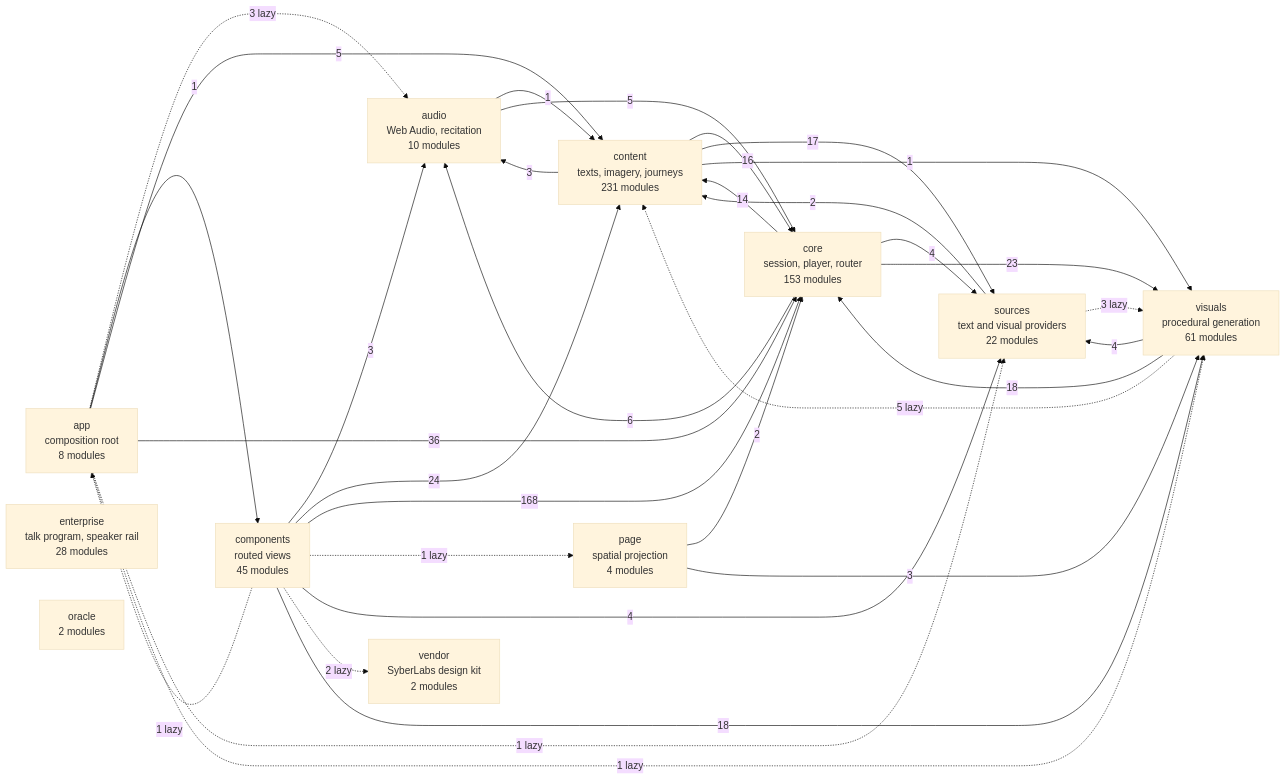
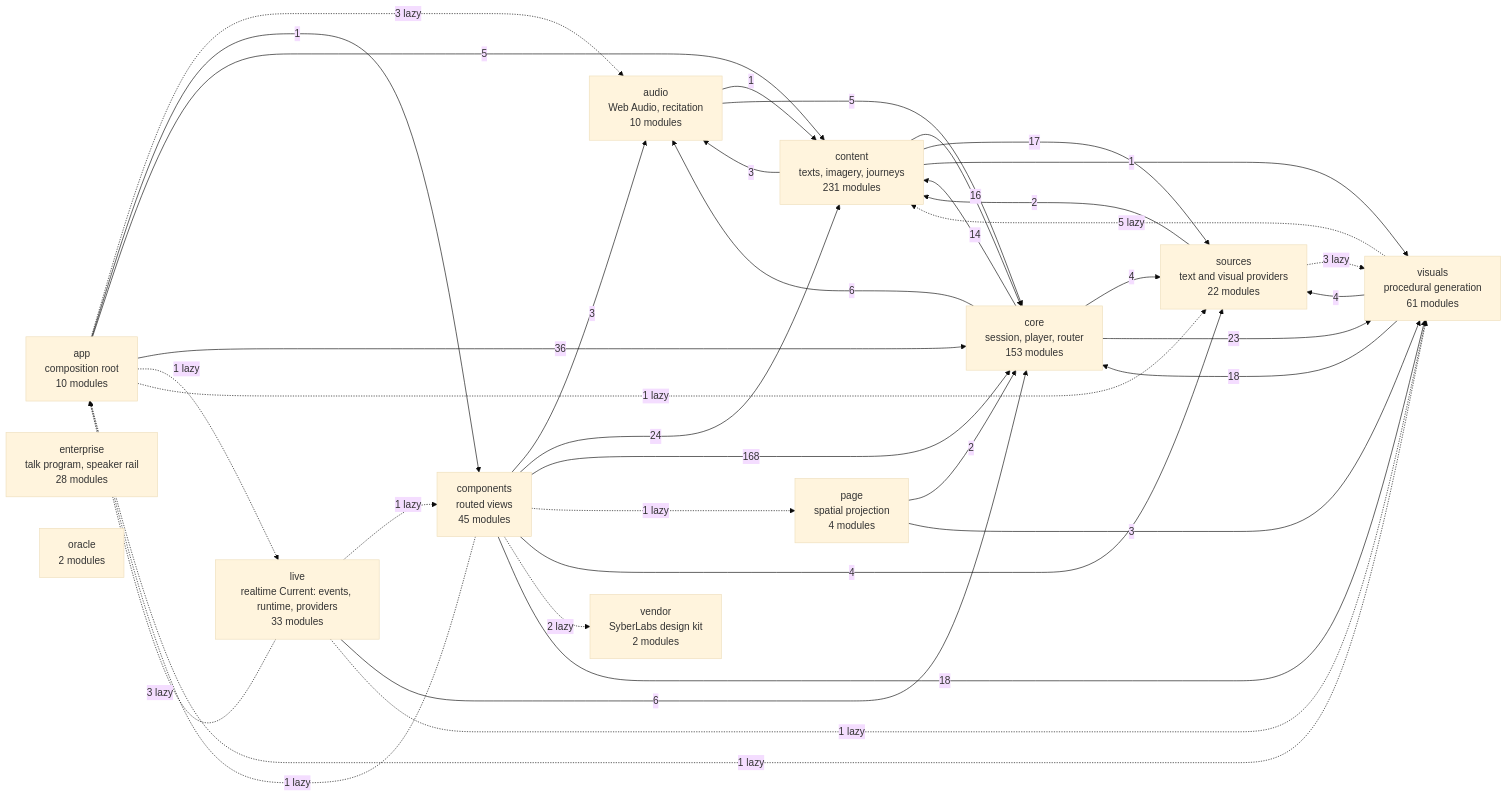
One commit to SyberLabs/RISE changed the diagram in docs/specs/ARCHITECTURE.md. Above: the diagram before and after it, drawn with Mermaid (base theme). The commit also changed other lines of this file and 122 other files, not shown here.

First line of the commit message:
Live Current integration: MCP app, speech, literal text, and protocol safeguards (#319)

````diff
--- a/docs/specs/ARCHITECTURE.md
+++ b/docs/specs/ARCHITECTURE.md
@@ -160,46 +160,52 @@
 ```mermaid
 flowchart LR
-    app["app<br/>composition root<br/>8 modules"]
+    app["app<br/>composition root<br/>10 modules"]
     audio["audio<br/>Web Audio, recitation<br/>10 modules"]
     components["components<br/>routed views<br/>45 modules"]
     content["content<br/>texts, imagery, journeys<br/>231 modules"]
     core["core<br/>session, player, router<br/>153 modules"]
     enterprise["enterprise<br/>talk program, speaker rail<br/>28 modules"]
+    live["live<br/>realtime Current: events, runtime, providers<br/>33 modules"]
     oracle["oracle<br/>2 modules"]
     page["page<br/>spatial projection<br/>4 modules"]
     sources["sources<br/>text and visual providers<br/>22 modules"]
     vendor["vendor<br/>SyberLabs design kit<br/>2 modules"]
     visuals["visuals<br/>procedural generation<br/>61 modules"]
 
     app -.-> |3 lazy| audio
     app --> |1| components
     app --> |5| content
     app --> |36| core
+    app -.-> |1 lazy| live
     app -.-> |1 lazy| sources
     app -.-> |1 lazy| visuals
     audio --> |1| content
     audio --> |5| core
     components -.-> |1 lazy| app
     components --> |3| audio
     components --> |24| content
     components --> |168| core
     components -.-> |1 lazy| page
     components --> |4| sources
     components -.-> |2 lazy| vendor
     components --> |18| visuals
     content --> |3| audio
     content --> |16| core
     content --> |17| sources
     content --> |1| visuals
     core --> |6| audio
     core --> |14| content
     core --> |4| sources
     core --> |23| visuals
+    live -.-> |3 lazy| app
+    live -.-> |1 lazy| components
+    live --> |6| core
+    live -.-> |1 lazy| visuals
     page --> |2| core
     page --> |3| visuals
     sources --> |2| content
     sources -.-> |3 lazy| visuals
     visuals -.-> |5 lazy| content
     visuals --> |18| core
     visuals --> |4| sources
 ```
````
